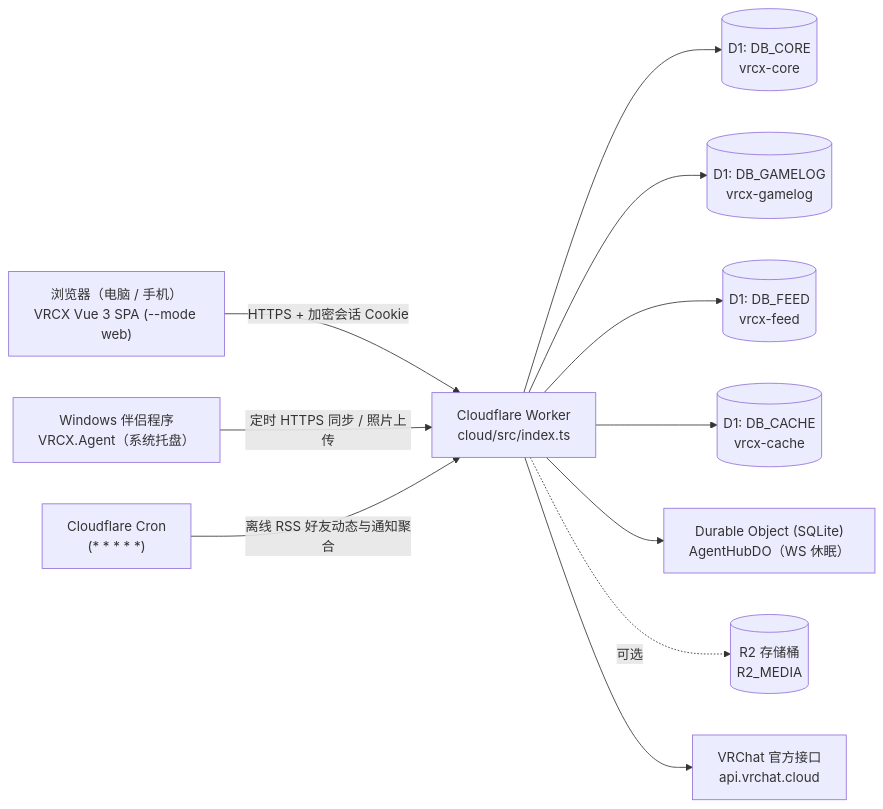
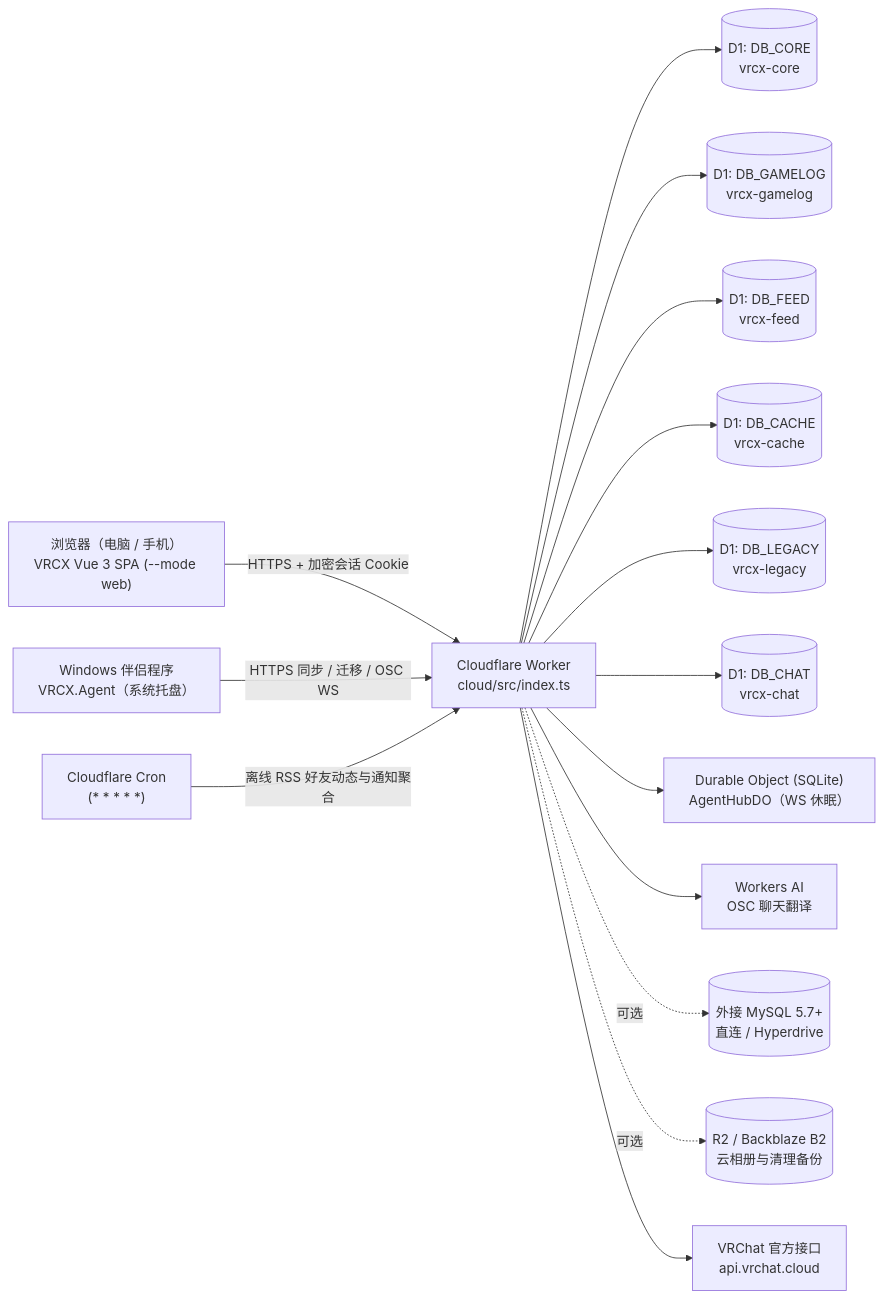
Before and after one commit to nuomew/VRCX-Worker: the diagram in README.zh-CN.md, drawn with Mermaid. The commit also changed other lines of this file and 6 other files, not shown here.

Commit message:
docs: sync trilingual README, DEPLOY guides, and MEMORY with 6 D1 shards, external MySQL, Workers AI, and dual anime-site themes

````diff
--- a/README.zh-CN.md
+++ b/README.zh-CN.md
@@ -38,14 +45,18 @@
 ```mermaid
 flowchart LR
     Browser["浏览器（电脑 / 手机）<br/>VRCX Vue 3 SPA (--mode web)"] -->|HTTPS + 加密会话 Cookie| Worker["Cloudflare Worker<br/>cloud/src/index.ts"]
-    Agent["Windows 伴侣程序<br/>VRCX.Agent（系统托盘）"] -->|定时 HTTPS 同步 / 照片上传| Worker
+    Agent["Windows 伴侣程序<br/>VRCX.Agent（系统托盘）"] -->|HTTPS 同步 / 迁移 / OSC WS| Worker
     Cron["Cloudflare Cron<br/>(* * * * *)"] -->|离线 RSS 好友动态与通知聚合| Worker
 
     Worker --> DBCore[("D1: DB_CORE<br/>vrcx-core")]
     Worker --> DBGame[("D1: DB_GAMELOG<br/>vrcx-gamelog")]
     Worker --> DBFeed[("D1: DB_FEED<br/>vrcx-feed")]
     Worker --> DBCache[("D1: DB_CACHE<br/>vrcx-cache")]
+    Worker --> DBLegacy[("D1: DB_LEGACY<br/>vrcx-legacy")]
+    Worker --> DBChat[("D1: DB_CHAT<br/>vrcx-chat")]
     Worker --> DO["Durable Object (SQLite)<br/>AgentHubDO（WS 休眠）"]
-    Worker -. 可选 .-> R2[("R2 存储桶<br/>R2_MEDIA")]
+    Worker --> AI["Workers AI<br/>OSC 聊天翻译"]
+    Worker -. 可选 .-> MySQL[("外接 MySQL 5.7+<br/>直连 / Hyperdrive")]
+    Worker -. 可选 .-> R2[("R2 / Backblaze B2<br/>云相册与清理备份")]
     Worker --> VRC["VRChat 官方接口<br/>api.vrchat.cloud"]
 ```
````
